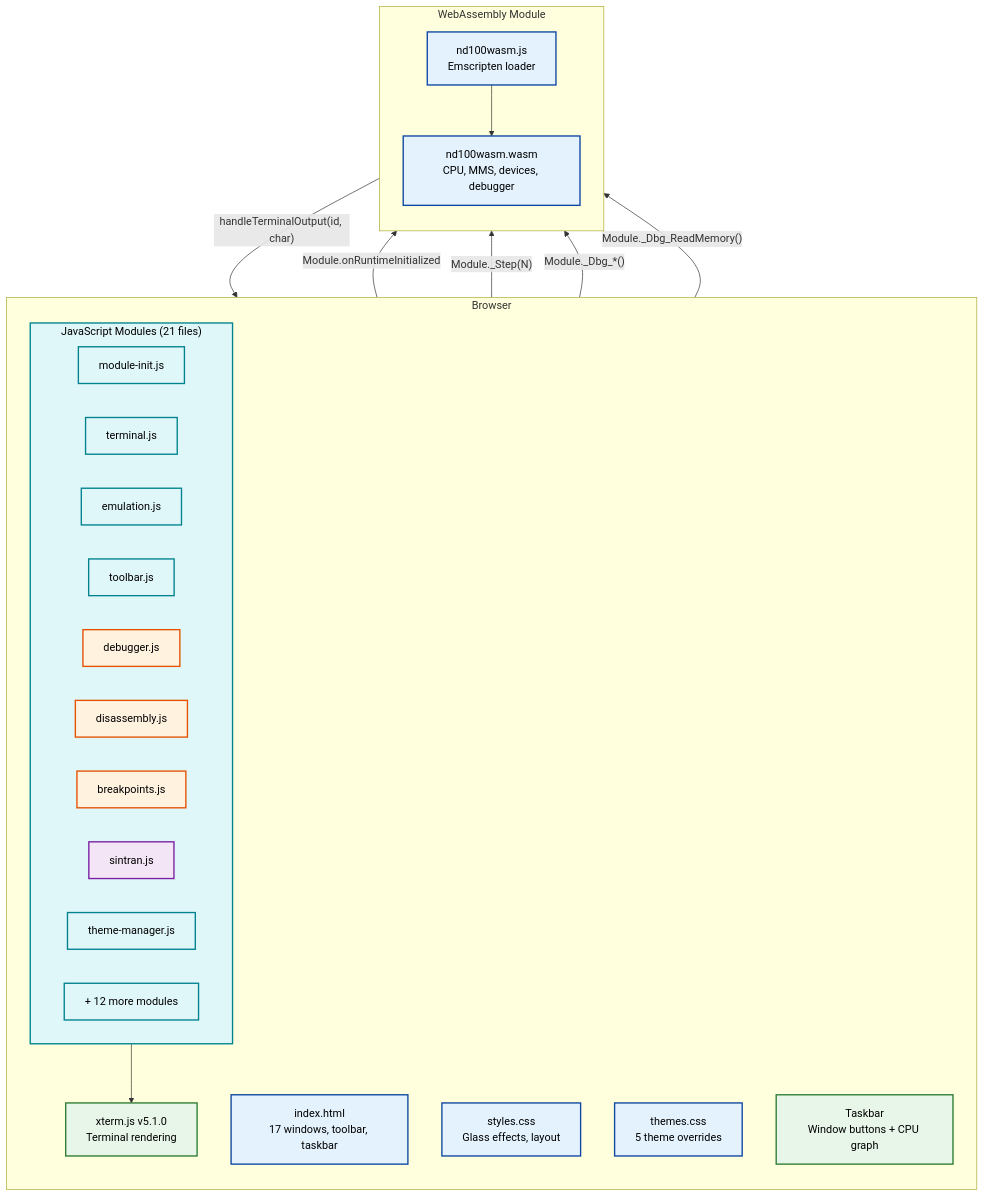
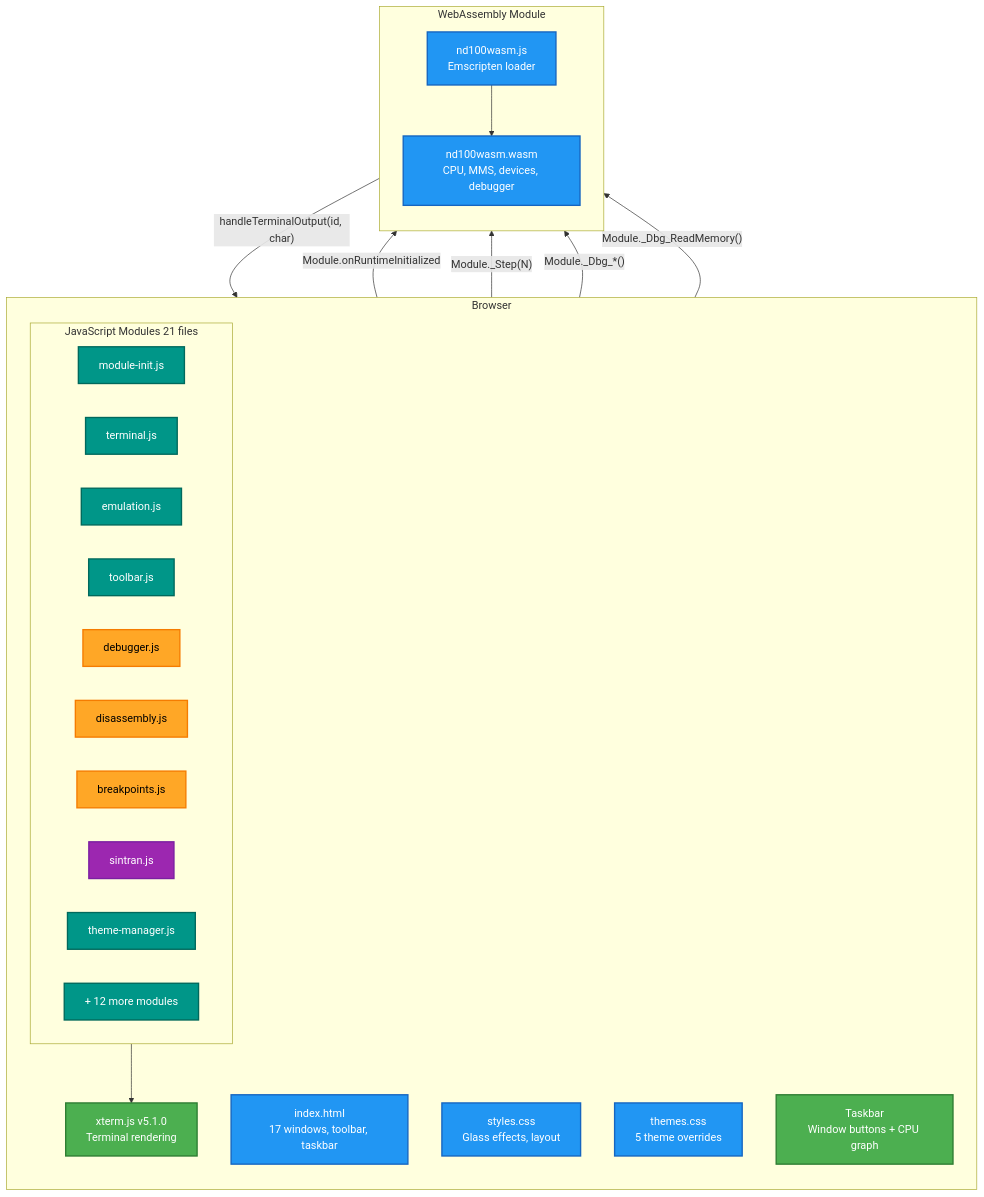
The first of 3 diagrams in GLASS.md (HackerCorpLabs/nd100x), drawn with Mermaid before and after one commit. The commit also changed other lines of this file, not shown here.

Commit message:
Fix Mermaid diagram colors for GitHub rendering
- Flowchart: remove theme override, classDef with vibrant primary colors
  already overrides any theme
- Sequence diagrams: use CSS named colors (SkyBlue, LightSeaGreen,
  SandyBrown, MediumSeaGreen) for box backgrounds instead of rgba
  which renders poorly on GitHub

````diff
--- a/GLASS.md
+++ b/GLASS.md
@@ -49,59 +49,53 @@
 ```mermaid
 flowchart TB
     subgraph Browser
         direction TB
         HTML["index.html<br/>17 windows, toolbar, taskbar"]
         CSS1["styles.css<br/>Glass effects, layout"]
         CSS2["themes.css<br/>5 theme overrides"]
 
-        subgraph JS["JavaScript Modules (21 files)"]
+        subgraph JS["JavaScript Modules 21 files"]
             direction LR
             INIT["module-init.js"]
             TERM["terminal.js"]
             EMU["emulation.js"]
             TOOL["toolbar.js"]
             DBG["debugger.js"]
             DISASM["disassembly.js"]
             BP["breakpoints.js"]
             SINT["sintran.js"]
             THEME["theme-manager.js"]
             MORE["+ 12 more modules"]
         end
 
         XTERM["xterm.js v5.1.0<br/>Terminal rendering"]
         TASKBAR["Taskbar<br/>Window buttons + CPU graph"]
     end
 
     subgraph WASM["WebAssembly Module"]
         direction TB
         WASMJS["nd100wasm.js<br/>Emscripten loader"]
         WASMBIN["nd100wasm.wasm<br/>CPU, MMS, devices, debugger"]
     end
 
     INIT -->|"Module.onRuntimeInitialized"| WASMJS
     WASMJS --> WASMBIN
     EMU -->|"Module._Step(N)"| WASMBIN
     DBG -->|"Module._Dbg_*()"| WASMBIN
     SINT -->|"Module._Dbg_ReadMemory()"| WASMBIN
     WASMBIN -->|"handleTerminalOutput(id, char)"| TERM
     TERM --> XTERM
 
-    style HTML fill:#E3F2FD,stroke:#0D47A1,stroke-width:2px,color:#000
-    style CSS1 fill:#E3F2FD,stroke:#0D47A1,stroke-width:2px,color:#000
-    style CSS2 fill:#E3F2FD,stroke:#0D47A1,stroke-width:2px,color:#000
-    style JS fill:#E0F7FA,stroke:#00838F,stroke-width:2px,color:#000
-    style INIT fill:#E0F7FA,stroke:#00838F,stroke-width:2px,color:#000
-    style TERM fill:#E0F7FA,stroke:#00838F,stroke-width:2px,color:#000
-    style EMU fill:#E0F7FA,stroke:#00838F,stroke-width:2px,color:#000
-    style TOOL fill:#E0F7FA,stroke:#00838F,stroke-width:2px,color:#000
-    style DBG fill:#FFF3E0,stroke:#E65100,stroke-width:2px,color:#000
-    style DISASM fill:#FFF3E0,stroke:#E65100,stroke-width:2px,color:#000
-    style BP fill:#FFF3E0,stroke:#E65100,stroke-width:2px,color:#000
-    style SINT fill:#F3E5F5,stroke:#7B1FA2,stroke-width:2px,color:#000
-    style THEME fill:#E0F7FA,stroke:#00838F,stroke-width:2px,color:#000
-    style MORE fill:#E0F7FA,stroke:#00838F,stroke-width:2px,color:#000
-    style XTERM fill:#E8F5E9,stroke:#2E7D32,stroke-width:2px,color:#000
-    style TASKBAR fill:#E8F5E9,stroke:#2E7D32,stroke-width:2px,color:#000
-    style WASMJS fill:#E3F2FD,stroke:#0D47A1,stroke-width:2px,color:#000
-    style WASMBIN fill:#E3F2FD,stroke:#0D47A1,stroke-width:2px,color:#000
+    classDef wasm fill:#2196F3,stroke:#1565C0,stroke-width:2px,color:#fff
+    classDef jsmod fill:#009688,stroke:#00695C,stroke-width:2px,color:#fff
+    classDef debugger fill:#FFA726,stroke:#F57C00,stroke-width:2px,color:#000
+    classDef sintran fill:#9C27B0,stroke:#7B1FA2,stroke-width:2px,color:#fff
+    classDef terminal fill:#4CAF50,stroke:#2E7D32,stroke-width:2px,color:#fff
+
+    class HTML,CSS1,CSS2 wasm
+    class INIT,TERM,EMU,TOOL,THEME,MORE jsmod
+    class DBG,DISASM,BP debugger
+    class SINT sintran
+    class XTERM,TASKBAR terminal
+    class WASMJS,WASMBIN wasm
 ```
````
